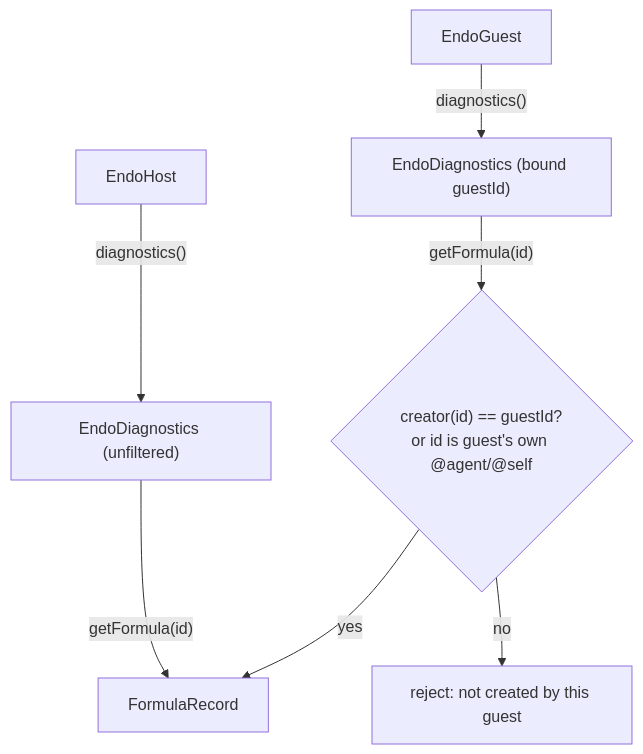
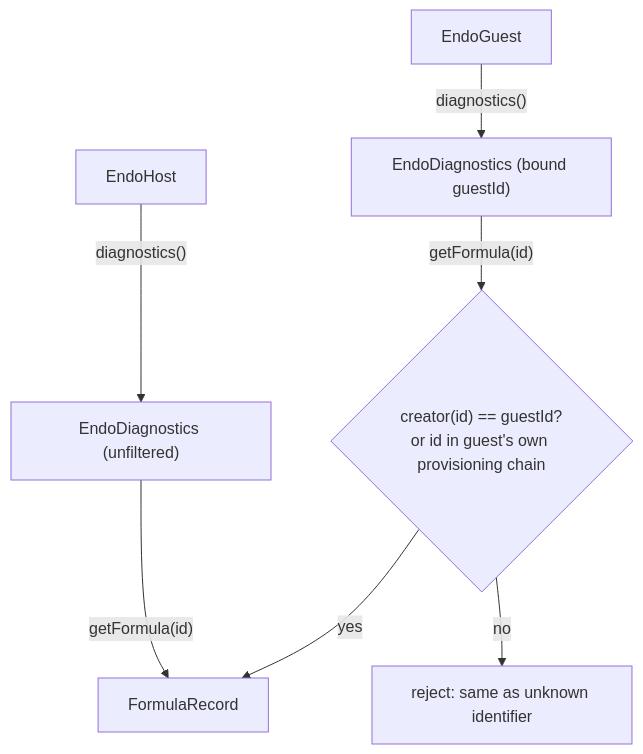
The diagram in designs/guest-owned-attenuated-diagnostics.md (endojs/endo-but-for-bots), drawn with Mermaid before and after one commit. The commit also changed other lines of this file, not shown here.

````diff
--- a/designs/guest-owned-attenuated-diagnostics.md
+++ b/designs/guest-owned-attenuated-diagnostics.md
@@ -204,9 +230,9 @@
 ```mermaid
 flowchart TD
   guest["EndoGuest"] -->|"diagnostics()"| gdiag["EndoDiagnostics (bound guestId)"]
   host["EndoHost"] -->|"diagnostics()"| hdiag["EndoDiagnostics (unfiltered)"]
-  gdiag -->|"getFormula(id)"| gate{"creator(id) == guestId?<br/>or id is guest's own @agent/@self"}
+  gdiag -->|"getFormula(id)"| gate{"creator(id) == guestId?<br/>or id in guest's own provisioning chain"}
   gate -->|"yes"| rec["FormulaRecord"]
-  gate -->|"no"| rej["reject: not created by this guest"]
+  gate -->|"no"| rej["reject: same as unknown identifier"]
   hdiag -->|"getFormula(id)"| rec
 ```
````
